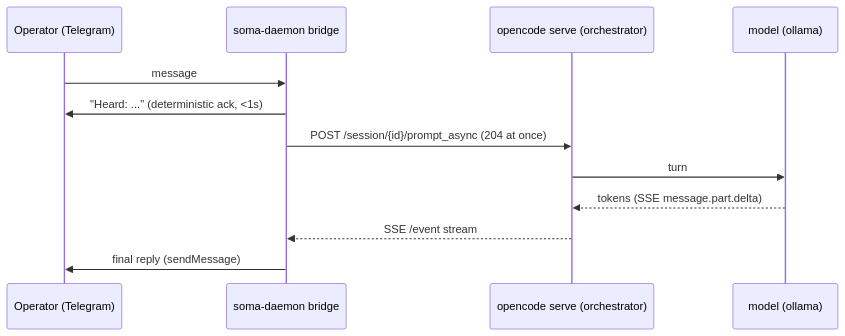
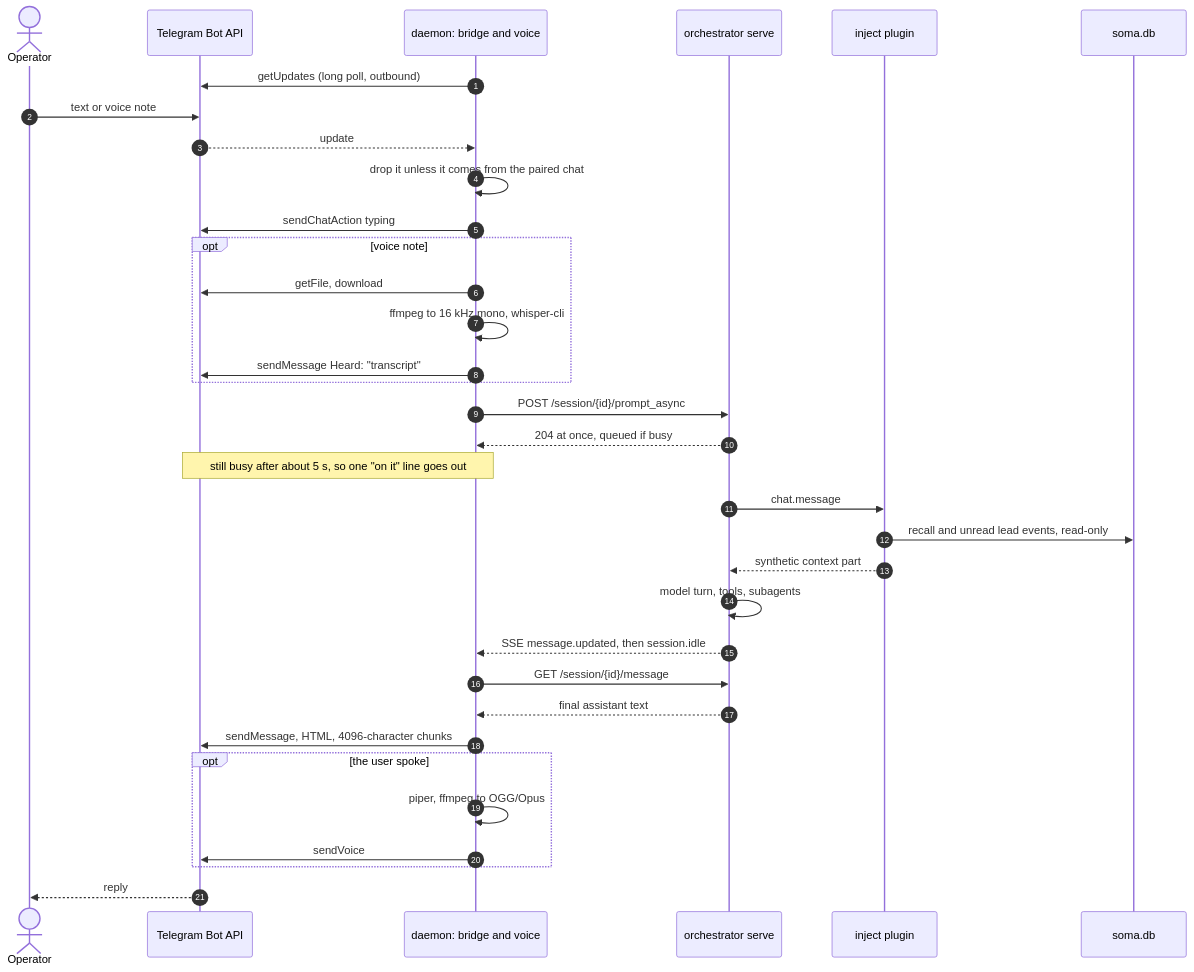
One commit to techfreakworm/claude-soma changed the second of 5 diagrams in research/opencode-soma/ARCHITECTURE.md. Above: the diagram before and after it, drawn with Mermaid. The commit also changed other lines of this file, not shown here.

````diff
--- a/research/opencode-soma/ARCHITECTURE.md
+++ b/research/opencode-soma/ARCHITECTURE.md
@@ -100,14 +343,36 @@
 ```mermaid
 sequenceDiagram
-  participant U as Operator (Telegram)
-  participant B as soma-daemon bridge
-  participant O as opencode serve (orchestrator)
-  participant M as model (ollama)
-  U->>B: message
-  B->>U: "Heard: ..." (deterministic ack, <1s)
-  B->>O: POST /session/{id}/prompt_async (204 at once)
-  O->>M: turn
-  M-->>O: tokens (SSE message.part.delta)
-  O-->>B: SSE /event stream
-  B->>U: final reply (sendMessage)
+    autonumber
+    actor U as Operator
+    participant TG as Telegram Bot API
+    participant B as daemon: bridge and voice
+    participant O as orchestrator serve
+    participant P as inject plugin
+    participant DB as soma.db
+    B->>TG: getUpdates (long poll, outbound)
+    U->>TG: text or voice note
+    TG-->>B: update
+    B->>B: drop it unless it comes from the paired chat
+    B->>TG: sendChatAction typing
+    opt voice note
+        B->>TG: getFile, download
+        B->>B: ffmpeg to 16 kHz mono, whisper-cli
+        B->>TG: sendMessage Heard: "transcript"
+    end
+    B->>O: POST /session/{id}/prompt_async
+    O-->>B: 204 at once, queued if busy
+    Note over B,TG: still busy after about 5 s, so one "on it" line goes out
+    O->>P: chat.message
+    P->>DB: recall and unread lead events, read-only
+    P-->>O: synthetic context part
+    O->>O: model turn, tools, subagents
+    O-->>B: SSE message.updated, then session.idle
+    B->>O: GET /session/{id}/message
+    O-->>B: final assistant text
+    B->>TG: sendMessage, HTML, 4096-character chunks
+    opt the user spoke
+        B->>B: piper, ffmpeg to OGG/Opus
+        B->>TG: sendVoice
+    end
+    TG-->>U: reply
 ```
````
